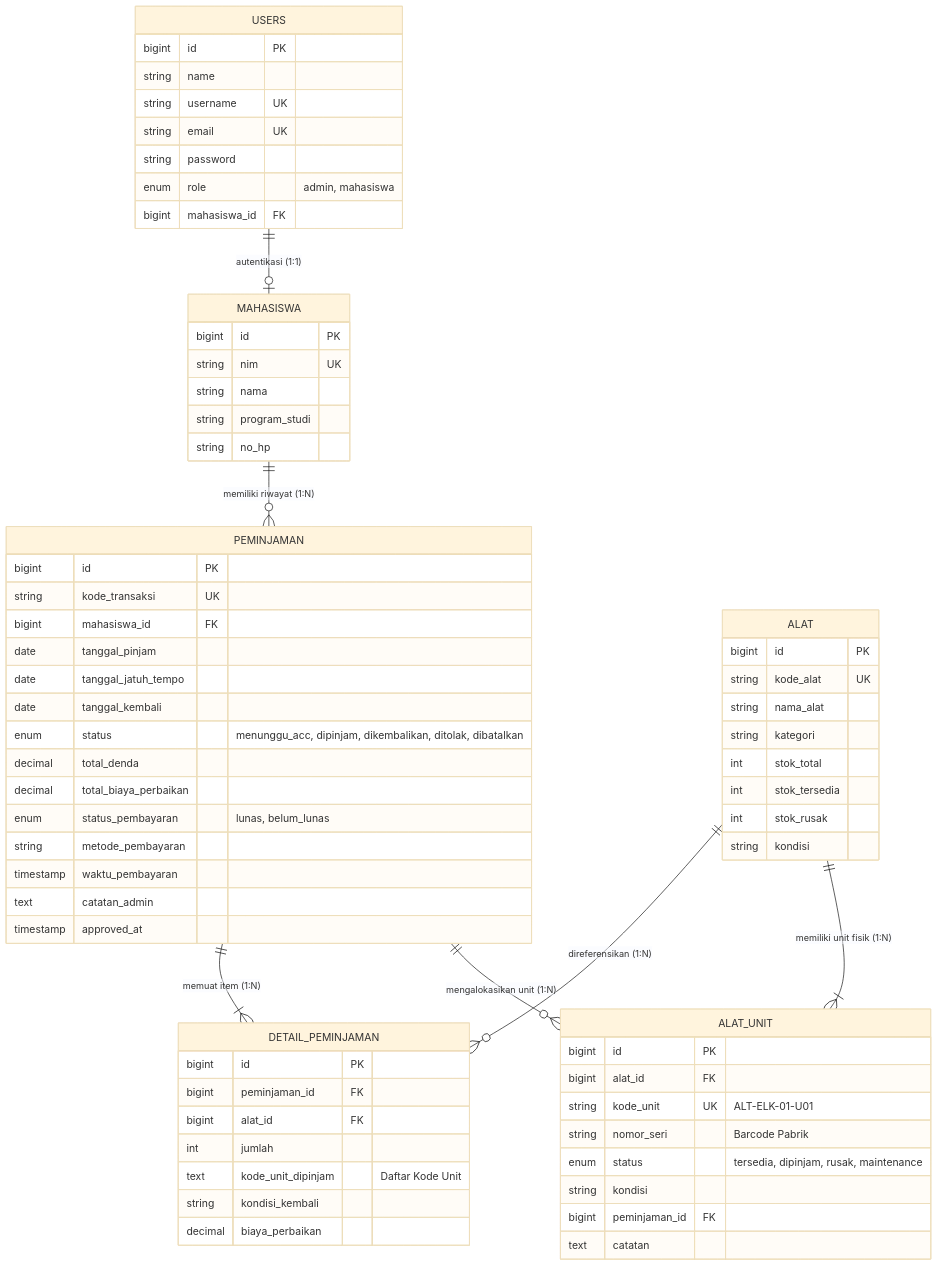
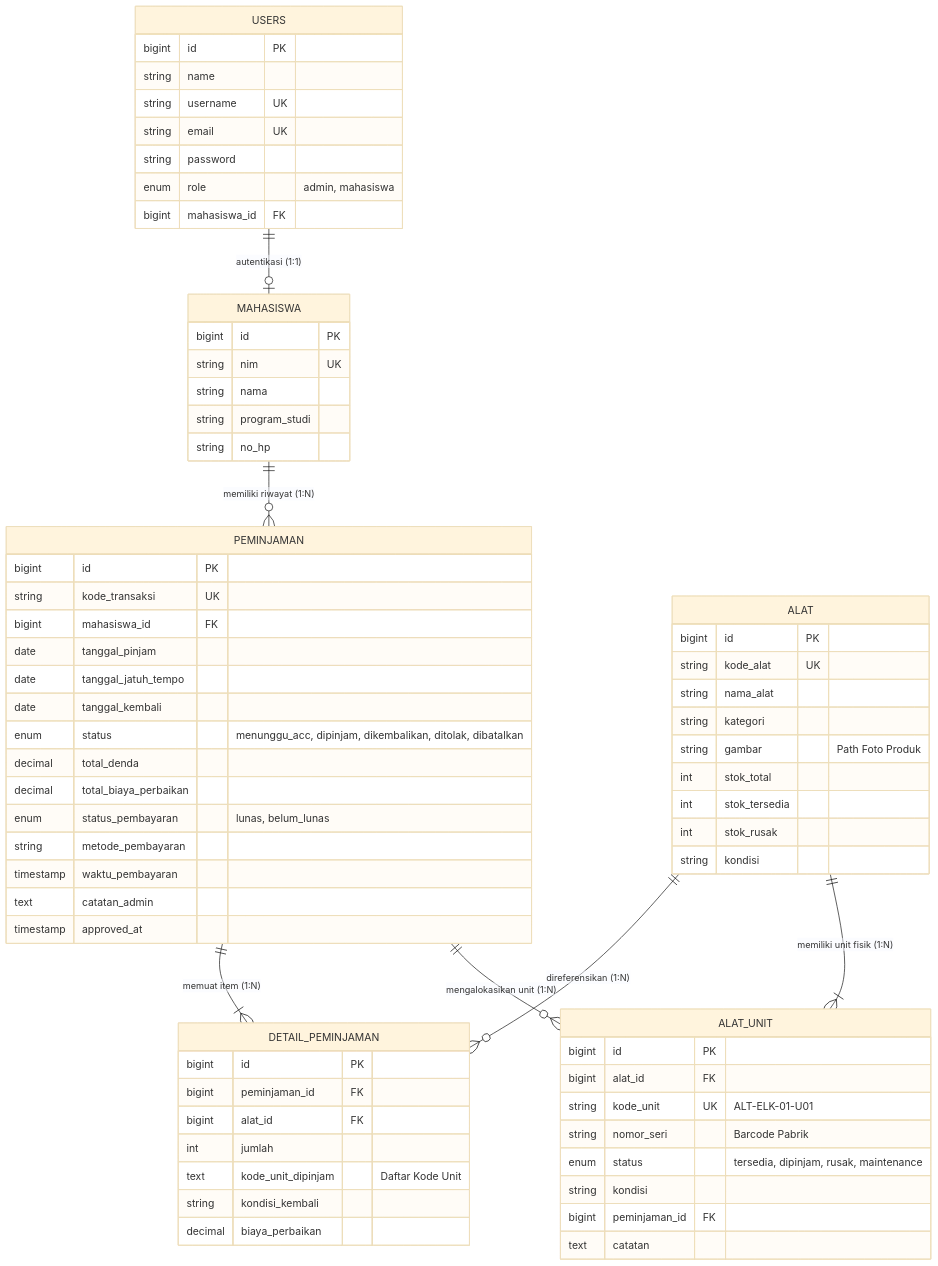
One commit to daffataufiq7/LabTrack changed the diagram in DOKUMENTASI_UTS.md. Above: the diagram before and after it, drawn with Mermaid (base theme). The commit also changed other lines of this file and 1 other file, not shown here.

Commit message:
docs: sinkronisasi dokumentasi laporan UTS Bab 1-4, pembaruan ERD foto alat, dan bukti 49 unit test

````diff
--- a/DOKUMENTASI_UTS.md
+++ b/DOKUMENTASI_UTS.md
@@ -46,76 +46,77 @@
 ```mermaid
 erDiagram
     USERS ||--o| MAHASISWA : "autentikasi (1:1)"
     MAHASISWA ||--o{ PEMINJAMAN : "memiliki riwayat (1:N)"
     PEMINJAMAN ||--|{ DETAIL_PEMINJAMAN : "memuat item (1:N)"
     ALAT ||--o{ DETAIL_PEMINJAMAN : "direferensikan (1:N)"
     ALAT ||--|{ ALAT_UNIT : "memiliki unit fisik (1:N)"
     PEMINJAMAN ||--o{ ALAT_UNIT : "mengalokasikan unit (1:N)"
 
     USERS {
         bigint id PK
         string name
         string username UK
         string email UK
         string password
         enum role "admin, mahasiswa"
         bigint mahasiswa_id FK
     }
 
     MAHASISWA {
         bigint id PK
         string nim UK
         string nama
         string program_studi
         string no_hp
     }
 
     ALAT {
         bigint id PK
         string kode_alat UK
         string nama_alat
         string kategori
+        string gambar "Path Foto Produk"
         int stok_total
         int stok_tersedia
         int stok_rusak
         string kondisi
     }
 
     ALAT_UNIT {
         bigint id PK
         bigint alat_id FK
         string kode_unit UK "ALT-ELK-01-U01"
         string nomor_seri "Barcode Pabrik"
         enum status "tersedia, dipinjam, rusak, maintenance"
         string kondisi
         bigint peminjaman_id FK
         text catatan
     }
 
     PEMINJAMAN {
         bigint id PK
         string kode_transaksi UK
         bigint mahasiswa_id FK
         date tanggal_pinjam
         date tanggal_jatuh_tempo
         date tanggal_kembali
         enum status "menunggu_acc, dipinjam, dikembalikan, ditolak, dibatalkan"
         decimal total_denda
         decimal total_biaya_perbaikan
         enum status_pembayaran "lunas, belum_lunas"
         string metode_pembayaran
         timestamp waktu_pembayaran
         text catatan_admin
         timestamp approved_at
     }
 
     DETAIL_PEMINJAMAN {
         bigint id PK
         bigint peminjaman_id FK
         bigint alat_id FK
         int jumlah
         text kode_unit_dipinjam "Daftar Kode Unit"
         string kondisi_kembali
         decimal biaya_perbaikan
     }
 ```
````
